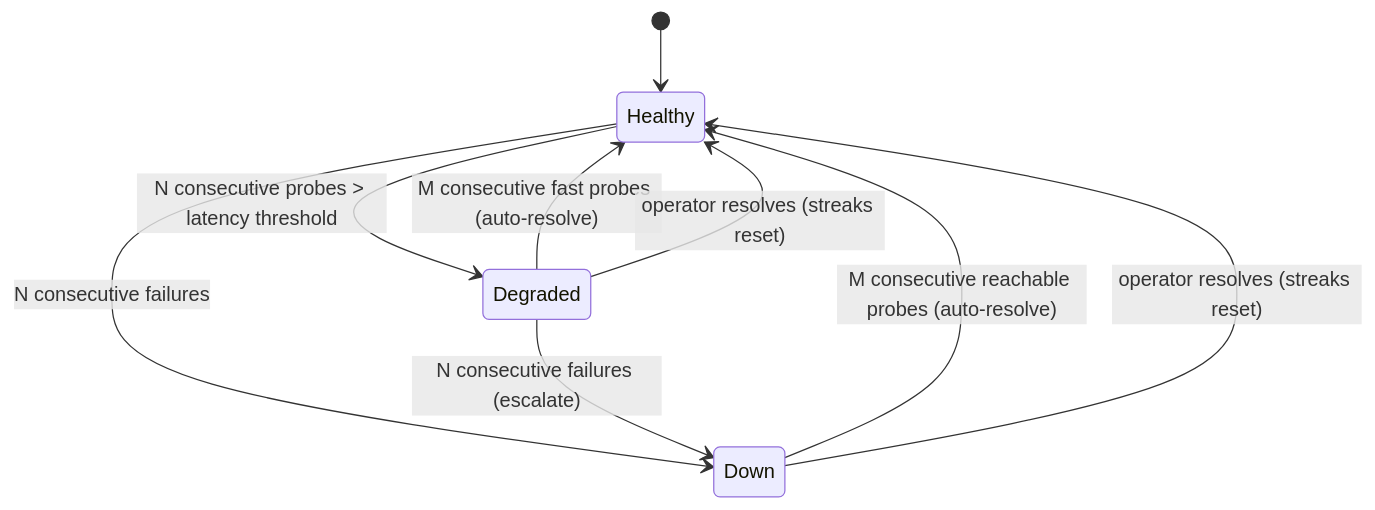
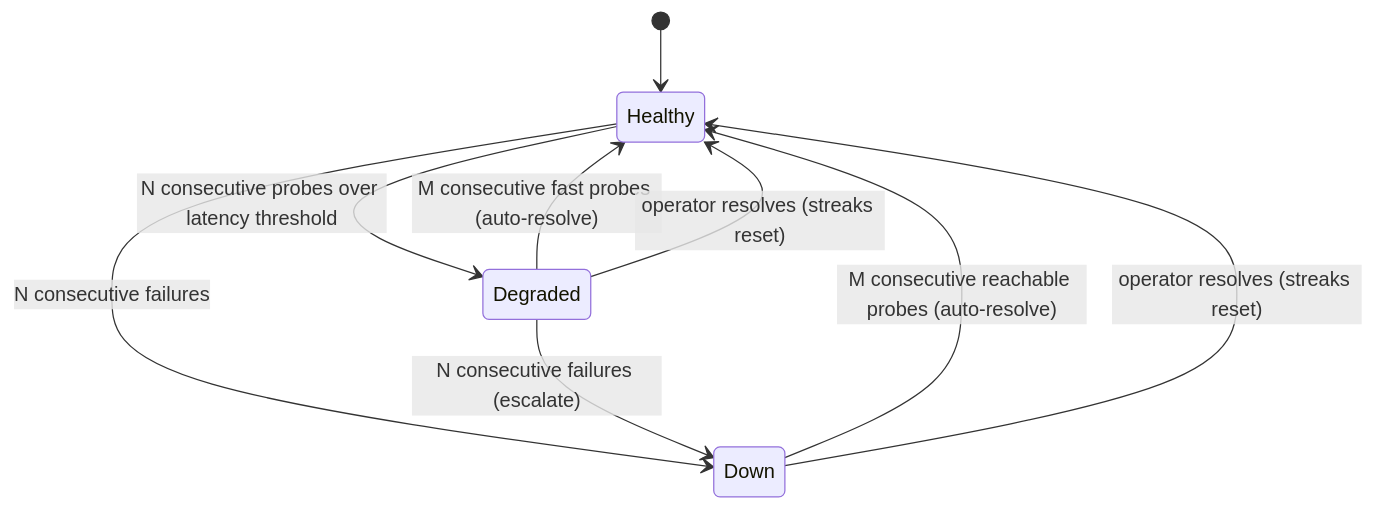
One commit to Isaacpyo/PulseOps changed the second of 2 diagrams in README.md. Above: the diagram before and after it, drawn with Mermaid. The commit also changed other lines of this file and 24 other files, not shown here.

````diff
--- a/README.md
+++ b/README.md
@@ -68,11 +101,11 @@
 ```mermaid
 stateDiagram-v2
   [*] --> Healthy
   Healthy --> Down: N consecutive failures
-  Healthy --> Degraded: N consecutive probes > latency threshold
+  Healthy --> Degraded: N consecutive probes over latency threshold
   Degraded --> Down: N consecutive failures (escalate)
   Degraded --> Healthy: M consecutive fast probes (auto-resolve)
   Down --> Healthy: M consecutive reachable probes (auto-resolve)
   Down --> Healthy: operator resolves (streaks reset)
   Degraded --> Healthy: operator resolves (streaks reset)
 ```
````
